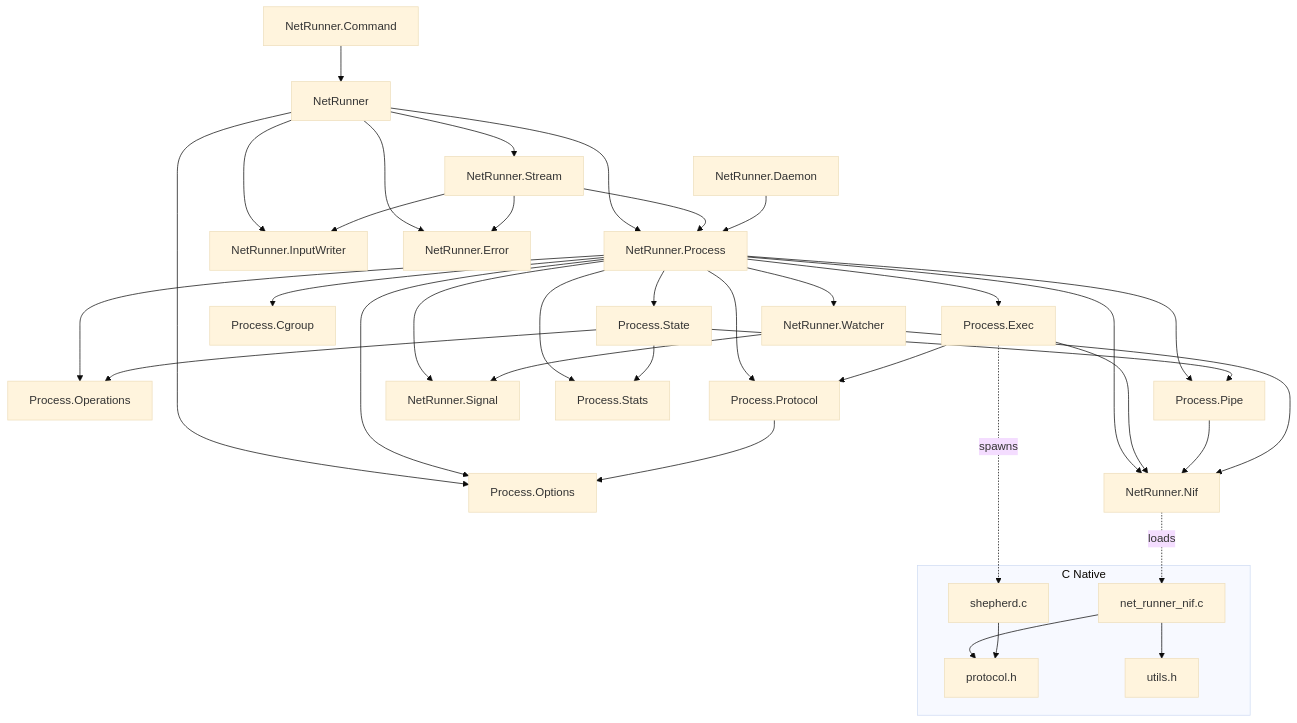
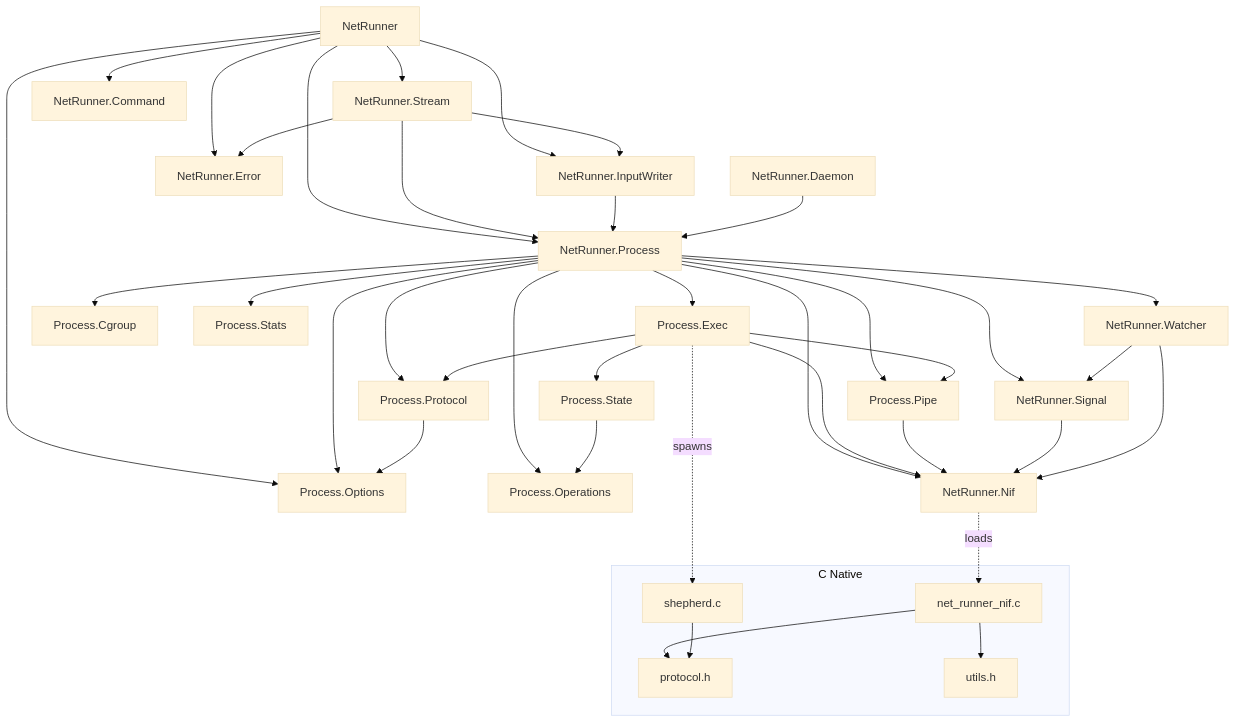
Before and after one commit to nyo16/net_runner: the diagram in docs/modules.md, drawn with Mermaid (base theme). The commit also changed other lines of this file and 10 other files, not shown here.

````diff
--- a/docs/modules.md
+++ b/docs/modules.md
@@ -3,46 +3,47 @@
 ```mermaid
 graph TD
     NR[NetRunner] --> S[NetRunner.Stream]
     NR --> P[NetRunner.Process]
     NR --> IW[NetRunner.InputWriter]
     NR --> ERR[NetRunner.Error]
+    NR --> CMD[NetRunner.Command]
+    NR --> OPT[Process.Options]
     S --> P
     S --> IW
     S --> ERR
-    CMD[NetRunner.Command] --> NR
-    NR --> OPT[Process.Options]
+    IW --> P
+    D[NetRunner.Daemon] --> P
     P --> EX[Process.Exec]
     P --> OPT
-    P --> ST[Process.State]
     P --> OP[Process.Operations]
     P --> PI[Process.Pipe]
     P --> PR[Process.Protocol]
     P --> CG[Process.Cgroup]
     P --> NI[NetRunner.Nif]
     P --> SIG[NetRunner.Signal]
     P --> STATS[Process.Stats]
     P --> W[NetRunner.Watcher]
     EX --> PR
+    EX --> NI
+    EX --> PI
+    EX --> ST[Process.State]
     PR --> OPT
-    EX --> NI
     PI --> NI
-    ST --> PI
     ST --> OP
-    ST --> STATS
+    SIG --> NI
     W --> NI
     W --> SIG
-    D[NetRunner.Daemon] --> P
 
     subgraph "C Native"
         SH[shepherd.c]
         NIFC[net_runner_nif.c]
         PROTO[protocol.h]
         UTIL[utils.h]
     end
 
     NI -.->|loads| NIFC
     EX -.->|spawns| SH
     NIFC --> PROTO
     NIFC --> UTIL
     SH --> PROTO
 ```
````
